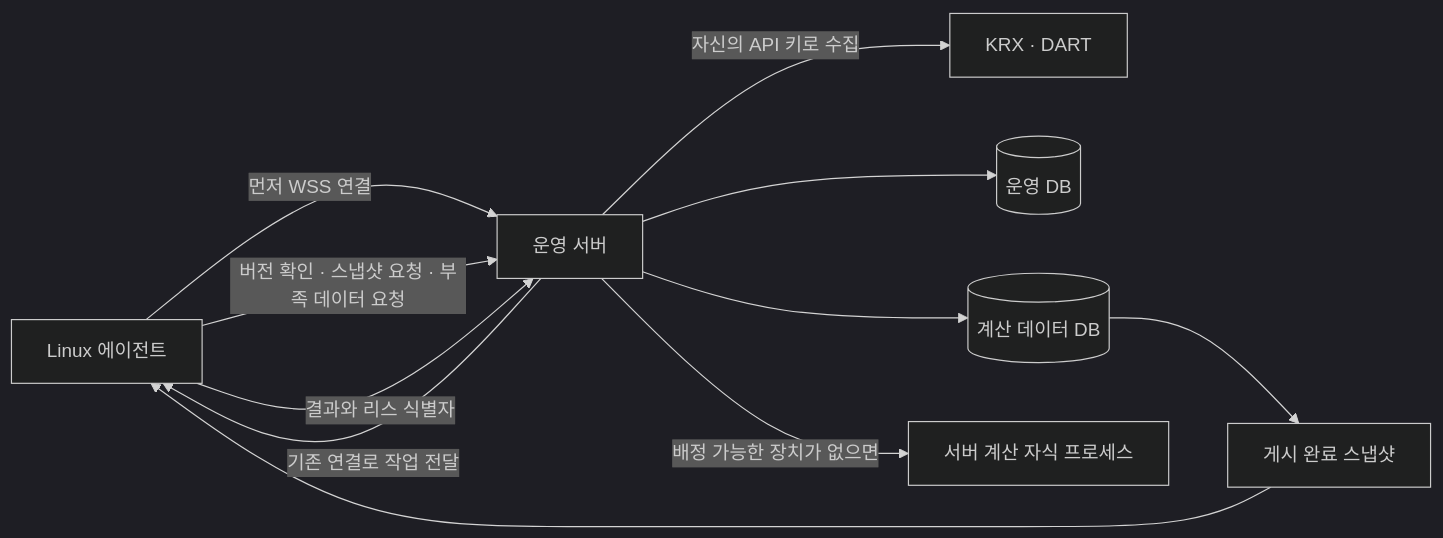
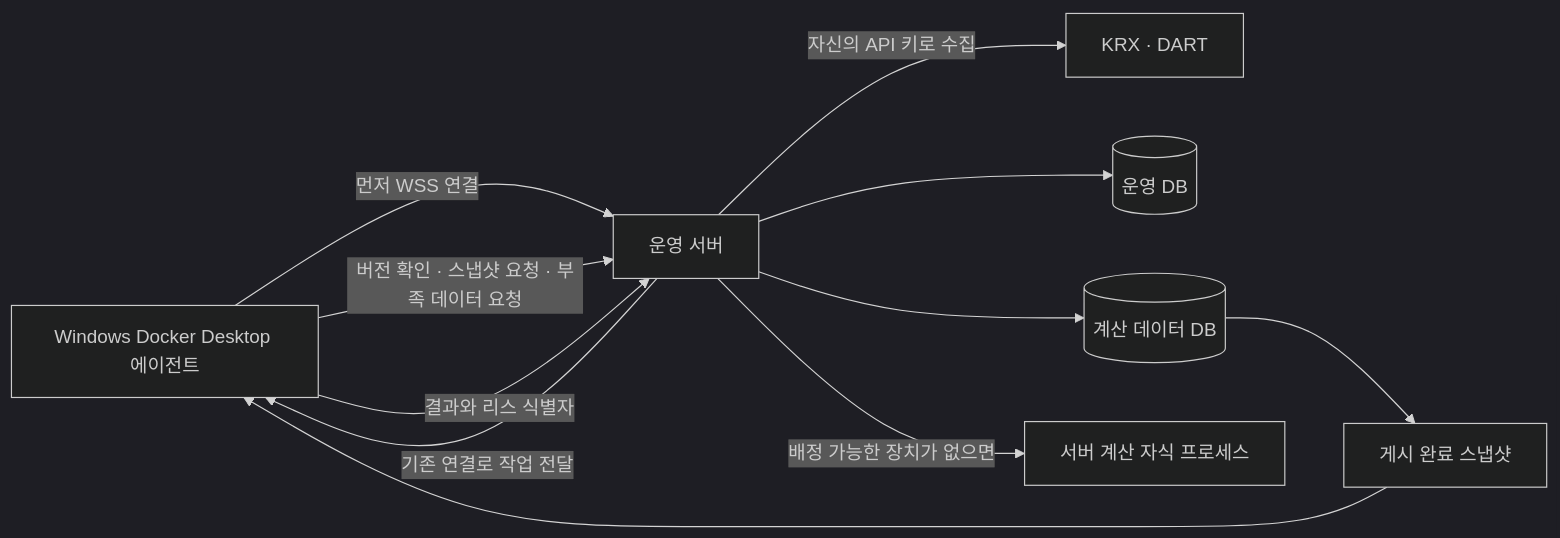
Before and after one commit to sa04108/trading-webapp: the diagram in docs/AGENT_OPERATIONS.md, drawn with Mermaid (dark theme). The commit also changed other lines of this file and 23 other files, not shown here.

Commit message:
feat(agent): keep only Windows Docker installation

````diff
--- a/docs/AGENT_OPERATIONS.md
+++ b/docs/AGENT_OPERATIONS.md
@@ -18,13 +18,13 @@
 ```mermaid
 flowchart LR
-  PC[Linux 에이전트] -->|먼저 WSS 연결| APP[운영 서버]
+  PC[Windows Docker Desktop 에이전트] -->|먼저 WSS 연결| APP[운영 서버]
   APP -->|기존 연결로 작업 전달| PC
   PC -->|버전 확인 · 스냅샷 요청 · 부족 데이터 요청| APP
   APP -->|자신의 API 키로 수집| API[KRX · DART]
   APP --> OPS[(운영 DB)]
   APP --> DATA[(계산 데이터 DB)]
   DATA --> SNAP[게시 완료 스냅샷]
   SNAP --> PC
   PC -->|결과와 리스 식별자| APP
   APP -->|배정 가능한 장치가 없으면| LOCAL[서버 계산 자식 프로세스]
 ```
````
